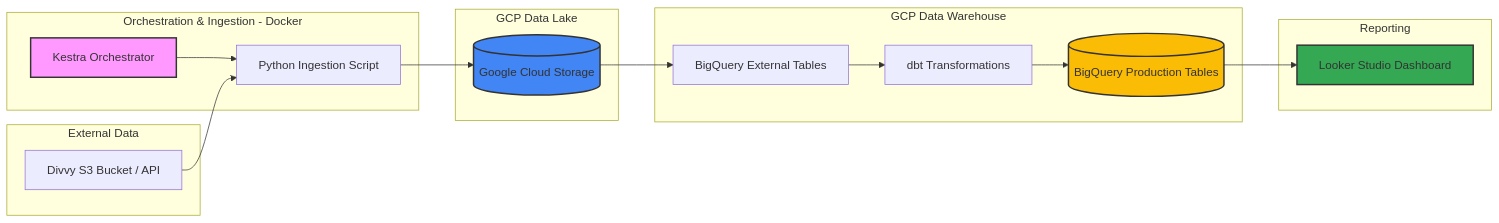
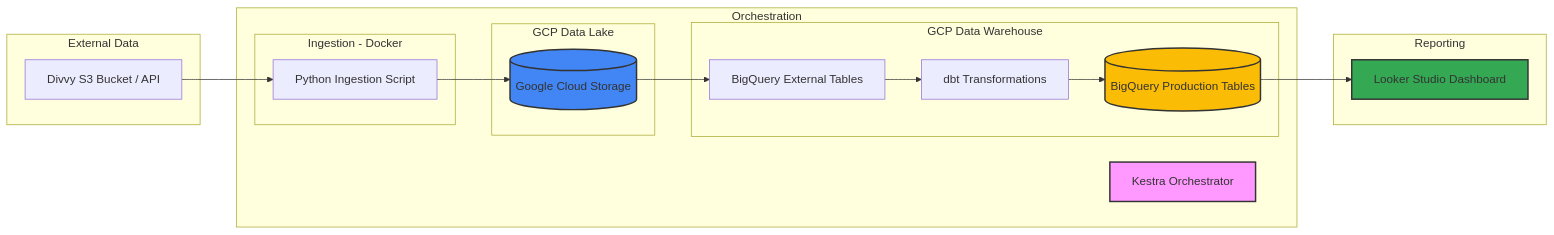
The diagram in README.md (annapurnachary/divvy-tripdata-pipeline), drawn with Mermaid before and after one commit.

Commit message:
Updated ReadMe mermaid2

````diff
--- a/README.md
+++ b/README.md
@@ -14,42 +14,43 @@
 ```mermaid
 flowchart LR
     subgraph External_Sources [External Data]
         A[Divvy S3 Bucket / API]
     end
 
-    subgraph Orchestration_Layer [Orchestration & Ingestion - Docker]
+    subgraph Orchestration_Layer [Orchestration]
         B[Kestra Orchestrator]
-        C[Python Ingestion Script]
-        B --> C
-    end
 
-    subgraph Storage_Layer [GCP Data Lake]
-        D[(Google Cloud Storage)]
-    end
+        subgraph Ingestion_Layer [Ingestion - Docker]
+            C[Python Ingestion Script]
+        end
 
-    subgraph Warehouse_Layer [GCP Data Warehouse]
-        E[BigQuery External Tables]
-        F[dbt Transformations]
-        G[(BigQuery Production Tables)]
-        
-        E --> F
-        F --> G
+        subgraph Storage_Layer [GCP Data Lake]
+            D[(Google Cloud Storage)]
+        end
+
+        subgraph Warehouse_Layer [GCP Data Warehouse]
+            E[BigQuery External Tables]
+            F[dbt Transformations]
+            G[(BigQuery Production Tables)]
+            
+            E --> F
+            F --> G
+        end
     end
 
     subgraph Visualization_Layer [Reporting]
         H[Looker Studio Dashboard]
     end
 
     %% Data Flow Connections
     A --> C
     C --> D
     D --> E
     G --> H
 
     %% Styling
     style B fill:#f9f,stroke:#333,stroke-width:2px
     style D fill:#4285f4,stroke:#333,stroke-width:2px
     style G fill:#fbbc05,stroke:#333,stroke-width:2px
     style H fill:#34a853,stroke:#333,stroke-width:2px
-
 ```
````
